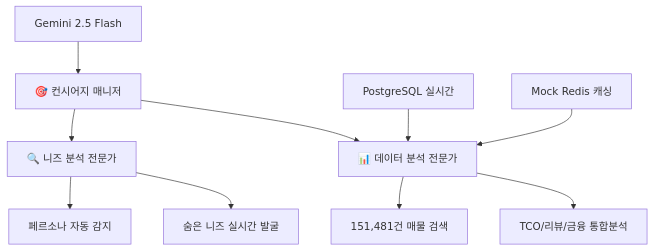
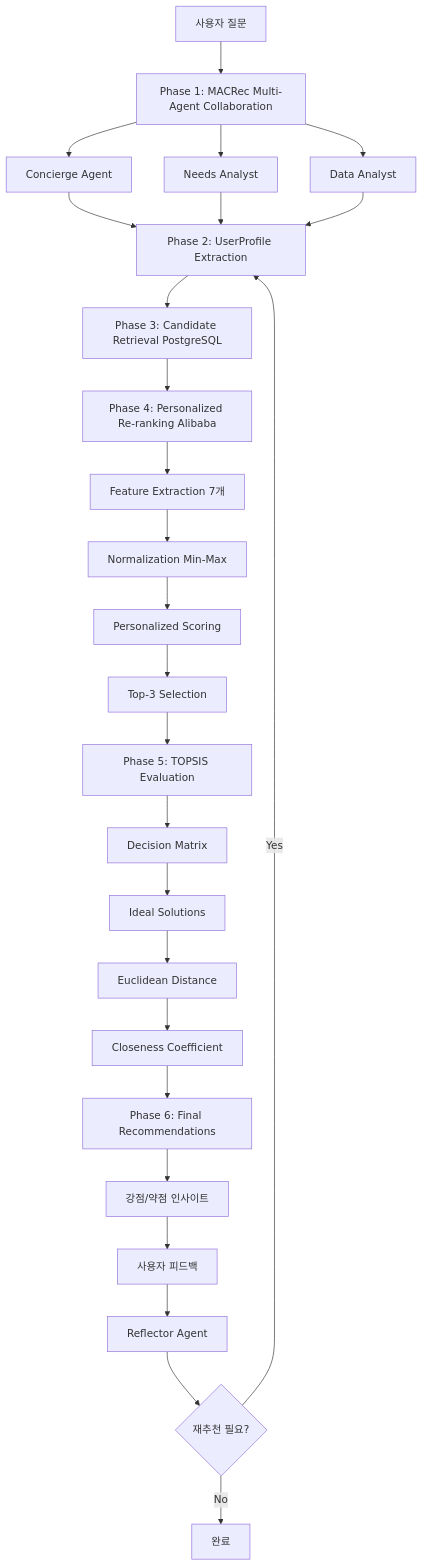
Before and after one commit to SeSAC-DA1/CarFin_AI: the diagram in README.md, drawn with Mermaid. The commit also changed other lines of this file and 11 other files, not shown here.

````diff
--- a/README.md
+++ b/README.md
@@ -104,13 +110,33 @@
 ```mermaid
 graph TD
-    A[🎯 컨시어지 매니저] --> B[🔍 니즈 분석 전문가]
-    A --> C[📊 데이터 분석 전문가]
-    B --> D[페르소나 자동 감지]
-    B --> E[숨은 니즈 실시간 발굴]
-    C --> F[151,481건 매물 검색]
-    C --> G[TCO/리뷰/금융 통합분석]
+    A[사용자 질문] --> B[Phase 1: MACRec Multi-Agent Collaboration]
+    B --> C[Concierge Agent]
+    B --> D[Needs Analyst]
+    B --> E[Data Analyst]
 
-    H[Gemini 2.5 Flash] --> A
-    I[PostgreSQL 실시간] --> C
-    J[Mock Redis 캐싱] --> C
+    C --> F[Phase 2: UserProfile Extraction]
+    D --> F
+    E --> F
+
+    F --> G[Phase 3: Candidate Retrieval PostgreSQL]
+    G --> H[Phase 4: Personalized Re-ranking Alibaba]
+
+    H --> I[Feature Extraction 7개]
+    I --> J[Normalization Min-Max]
+    J --> K[Personalized Scoring]
+    K --> L[Top-3 Selection]
+
+    L --> M[Phase 5: TOPSIS Evaluation]
+    M --> N[Decision Matrix]
+    N --> O[Ideal Solutions]
+    O --> P[Euclidean Distance]
+    P --> Q[Closeness Coefficient]
+
+    Q --> R[Phase 6: Final Recommendations]
+    R --> S[강점/약점 인사이트]
+    S --> T[사용자 피드백]
+    T --> U[Reflector Agent]
+    U --> V{재추천 필요?}
+    V -->|Yes| F
+    V -->|No| W[완료]
 ```
````
